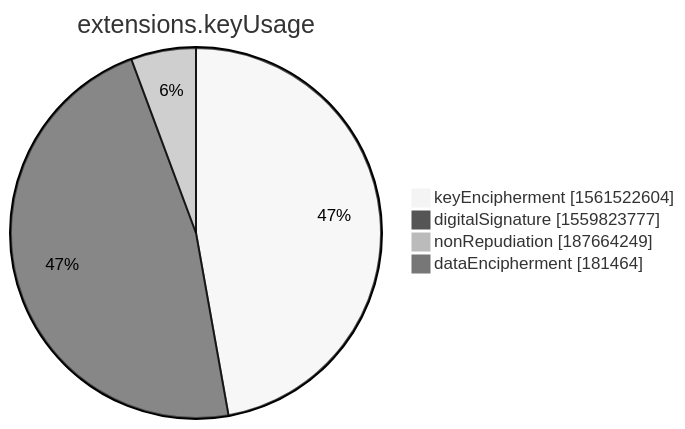
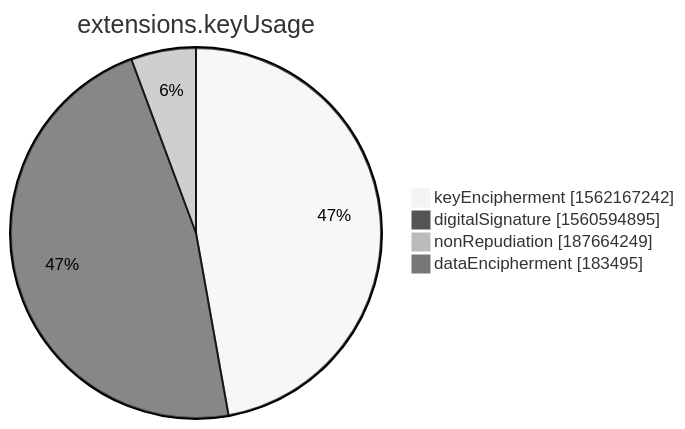
The seventh of 15 diagrams in xenon2022/README.md (christiankrug/ctmonitor_visualization), drawn with Mermaid (neutral theme) before and after one commit. The commit also changed other lines of this file, not shown here.

````diff
--- a/xenon2022/README.md
+++ b/xenon2022/README.md
@@ -2852,8 +2852,8 @@
 ```mermaid
 pie showData
 title extensions.keyUsage
-"keyEncipherment" :1561522604
-"digitalSignature" :1559823777
+"keyEncipherment" :1562167242
+"digitalSignature" :1560594895
 "nonRepudiation" :187664249
-"dataEncipherment" :181464
+"dataEncipherment" :183495
 ```
````
